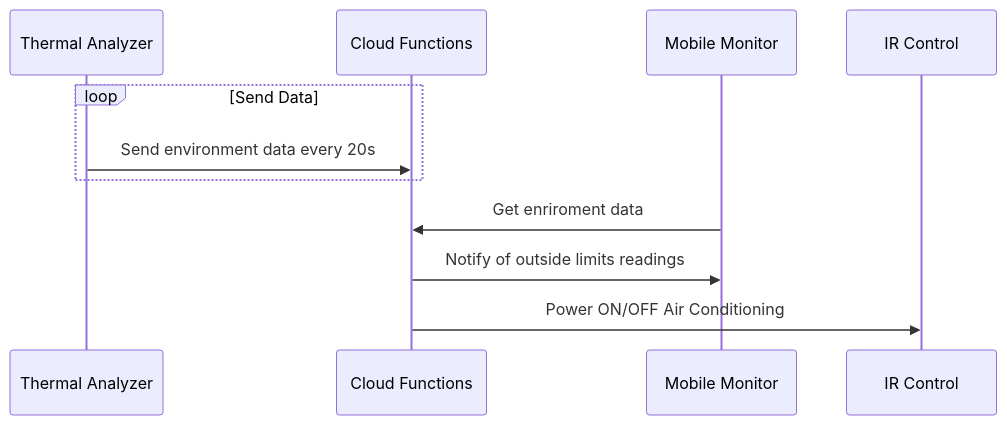
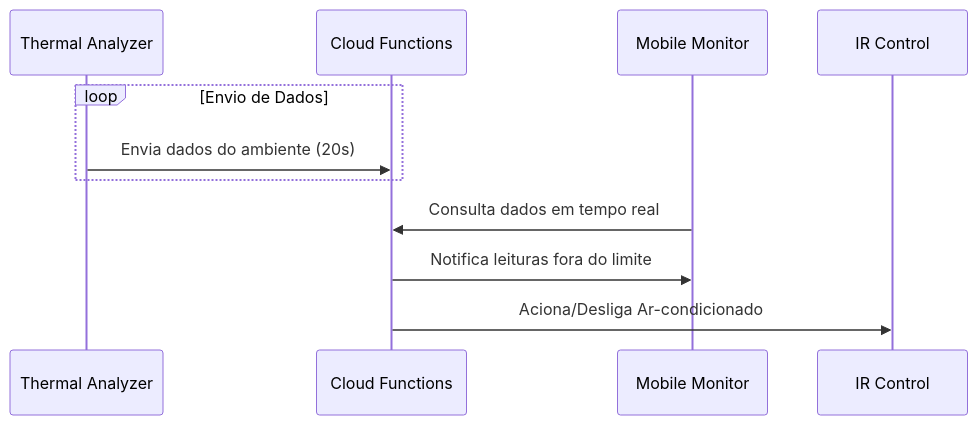
Before and after one commit to guardia-technology/.github: the diagram in profile/README.md, drawn with Mermaid.

Commit message:
Translate mermaid diagram

````diff
--- a/profile/README.md
+++ b/profile/README.md
@@ -36,10 +36,10 @@
 ```mermaid
 sequenceDiagram
-    loop Send Data
-        Thermal Analyzer ->> Cloud Functions: Send environment data every 20s
+    loop Envio de Dados
+        Thermal Analyzer ->> Cloud Functions: Envia dados do ambiente (20s)
     end
     
-    Mobile Monitor ->> Cloud Functions: Get enriroment data
-    Cloud Functions ->> Mobile Monitor: Notify of outside limits readings
-    Cloud Functions ->> IR Control: Power ON/OFF Air Conditioning
+    Mobile Monitor ->> Cloud Functions: Consulta dados em tempo real
+    Cloud Functions ->> Mobile Monitor: Notifica leituras fora do limite
+    Cloud Functions ->> IR Control: Aciona/Desliga Ar-condicionado
 ```
````
